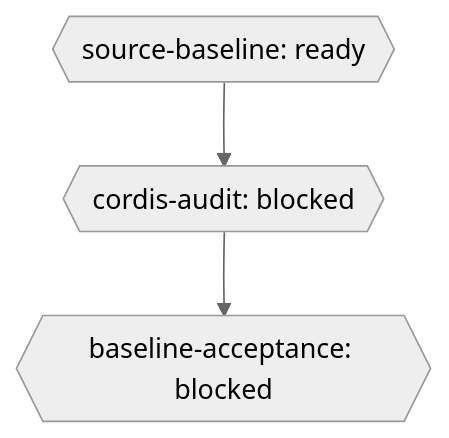
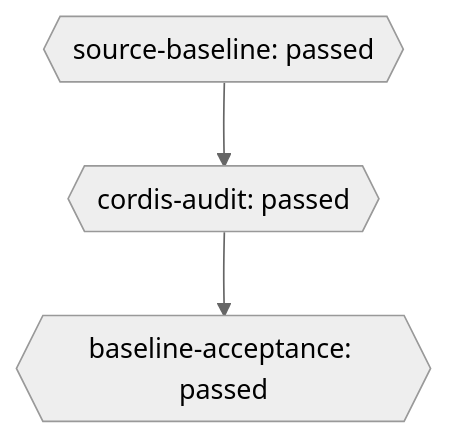
The diagram in docs/10-plans/dsh-go-replication/dag.mmd (gosomea/deepseek-harness-go), drawn with Mermaid (neutral theme) before and after one commit. The commit also changed 44 other files, not shown here.

```diff
--- a/docs/10-plans/dsh-go-replication/dag.mmd
+++ b/docs/10-plans/dsh-go-replication/dag.mmd
@@ -1,6 +1,6 @@
 flowchart TD
-  source-baseline{{"source-baseline: ready"}}
-  cordis-audit{{"cordis-audit: blocked"}}
+  source-baseline{{"source-baseline: passed"}}
+  cordis-audit{{"cordis-audit: passed"}}
   source-baseline --> cordis-audit
-  baseline-acceptance{{"baseline-acceptance: blocked"}}
+  baseline-acceptance{{"baseline-acceptance: passed"}}
   cordis-audit --> baseline-acceptance
```
